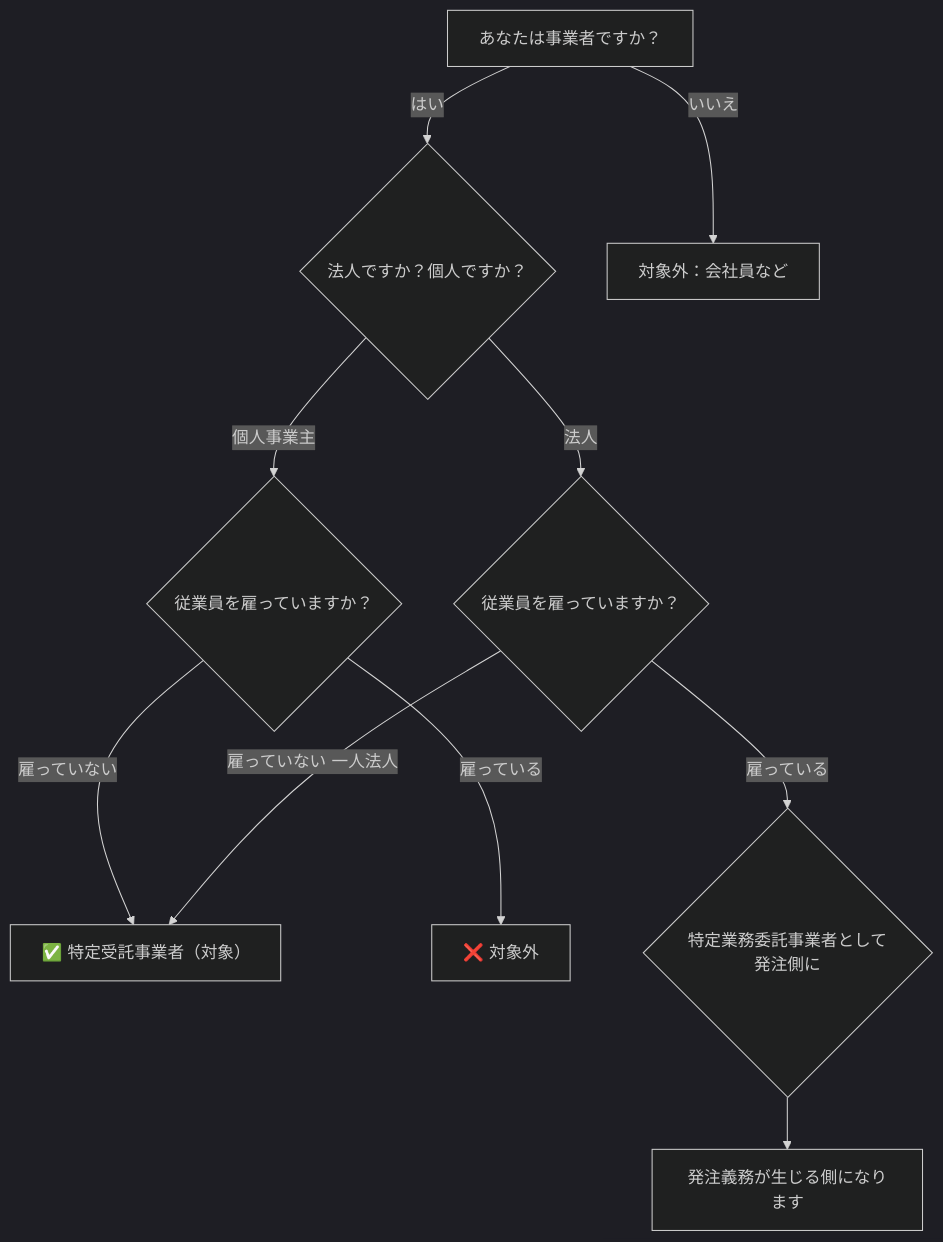
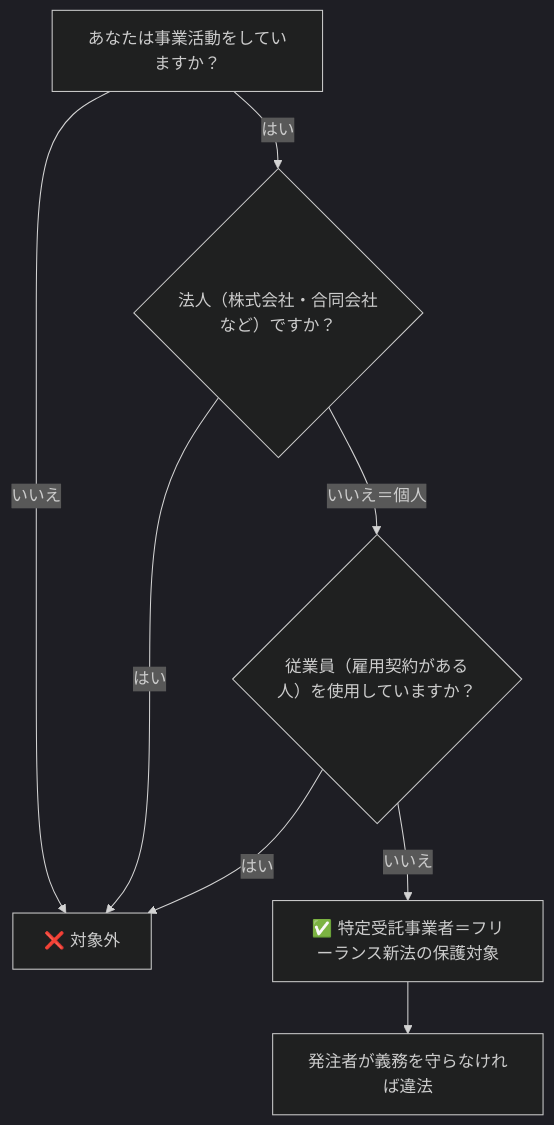
Before and after one commit to tukki-koh/freelance-articles: the diagram in 19_個人事業主とフリーランスの違い｜フリーランス新法の適用はどちらか.md, drawn with Mermaid (dark theme). The commit also changed other lines of this file, not shown here.

````diff
--- a/19_個人事業主とフリーランスの違い｜フリーランス新法の適用はどちらか.md
+++ b/19_個人事業主とフリーランスの違い｜フリーランス新法の適用はどちらか.md
@@ -45,12 +47,10 @@
-~~~mermaid
+```mermaid
 flowchart TD
-    A[あなたは事業者ですか？] -->|はい| B{法人ですか？個人ですか？}
-    A -->|いいえ| Z[対象外：会社員など]
-    B -->|個人事業主| C{従業員を雇っていますか？}
-    B -->|法人| D{従業員を雇っていますか？}
-    C -->|雇っていない| E[✅ 特定受託事業者（対象）]
-    C -->|雇っている| F[❌ 対象外]
-    D -->|雇っていない 一人法人| E
-    D -->|雇っている| G{特定業務委託事業者として発注側に}
-    G --> H[発注義務が生じる側になります]
-~~~
+    A[あなたは事業活動をしていますか？] -->|はい| B{法人（株式会社・合同会社など）ですか？}
+    A -->|いいえ| Z[❌ 対象外]
+    B -->|はい| Z
+    B -->|いいえ＝個人| C{従業員（雇用契約がある人）を使用していますか？}
+    C -->|はい| Z
+    C -->|いいえ| D[✅ 特定受託事業者＝フリーランス新法の保護対象]
+    D --> E[発注者が義務を守らなければ違法]
+```
````
